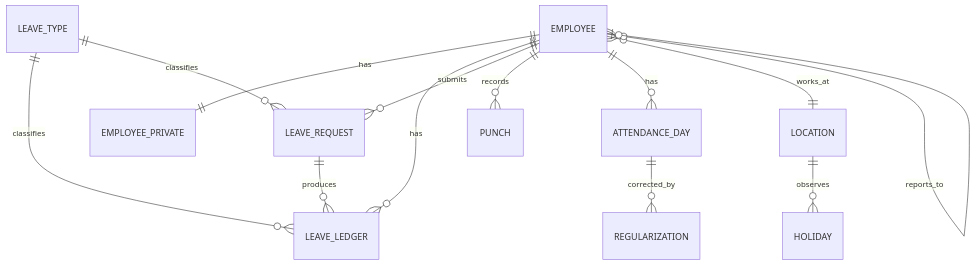
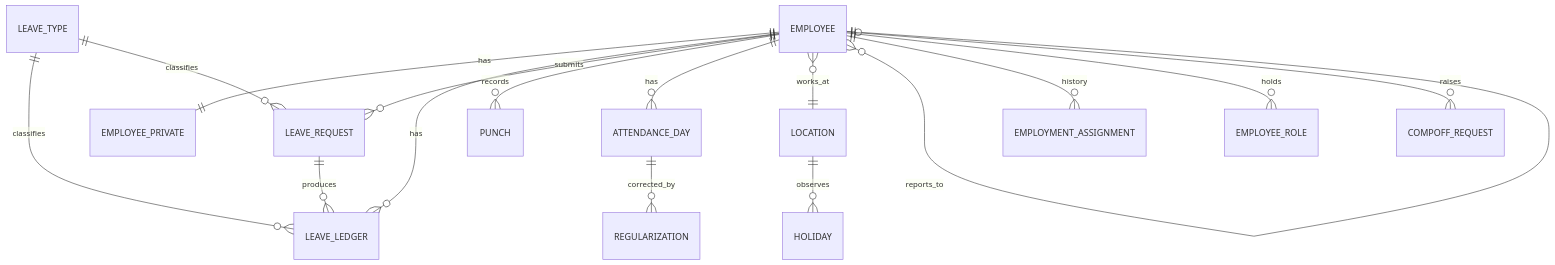
The third of 3 diagrams in ARCHITECTURE.md (josejrestrada/HRMS), drawn with Mermaid before and after one commit. The commit also changed other lines of this file and 4 other files, not shown here.

Commit message:
Accept decisions P2-P7 and update architecture, design, research and CLAUDE.md

````diff
--- a/ARCHITECTURE.md
+++ b/ARCHITECTURE.md
@@ -91,15 +91,18 @@
 ```mermaid
 erDiagram
     EMPLOYEE ||--|| EMPLOYEE_PRIVATE : has
     EMPLOYEE ||--o{ LEAVE_LEDGER : has
     EMPLOYEE ||--o{ LEAVE_REQUEST : submits
     EMPLOYEE ||--o{ PUNCH : records
     EMPLOYEE ||--o{ ATTENDANCE_DAY : has
     EMPLOYEE }o--|| LOCATION : works_at
     EMPLOYEE }o--o| EMPLOYEE : reports_to
+    EMPLOYEE ||--o{ EMPLOYMENT_ASSIGNMENT : history
+    EMPLOYEE ||--o{ EMPLOYEE_ROLE : holds
+    EMPLOYEE ||--o{ COMPOFF_REQUEST : raises
     LOCATION ||--o{ HOLIDAY : observes
     LEAVE_TYPE ||--o{ LEAVE_LEDGER : classifies
     LEAVE_TYPE ||--o{ LEAVE_REQUEST : classifies
     LEAVE_REQUEST ||--o{ LEAVE_LEDGER : produces
     ATTENDANCE_DAY ||--o{ REGULARIZATION : corrected_by
 ```
````
